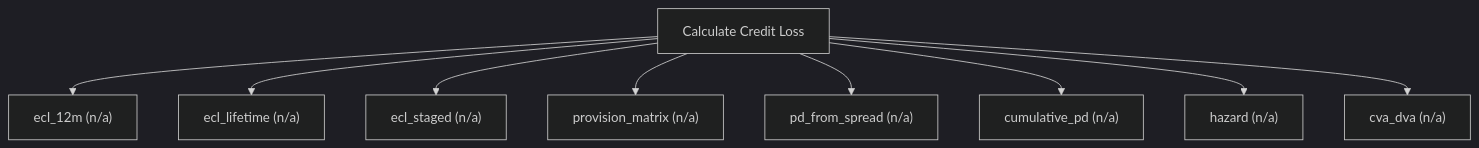
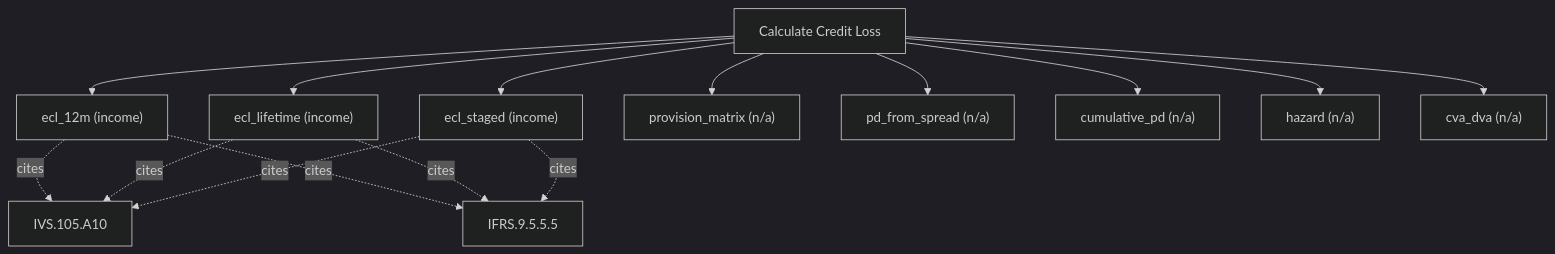
The diagram in docs/methods/calculate_credit_loss.md (simonmak-ascent/fair-value), drawn with Mermaid (dark theme) before and after one commit. The commit also changed other lines of this file and 11 other files, not shown here.

````diff
--- a/docs/methods/calculate_credit_loss.md
+++ b/docs/methods/calculate_credit_loss.md
@@ -5,12 +5,18 @@
 ```mermaid
 flowchart TD
   T[Calculate Credit Loss]
-  T --> calculate_credit_loss_ecl_12m["ecl_12m (n/a)"]
-  T --> calculate_credit_loss_ecl_lifetime["ecl_lifetime (n/a)"]
-  T --> calculate_credit_loss_ecl_staged["ecl_staged (n/a)"]
+  T --> calculate_credit_loss_ecl_12m["ecl_12m (income)"]
+  calculate_credit_loss_ecl_12m -. cites .-> IVS_105_A10[IVS.105.A10]
+  calculate_credit_loss_ecl_12m -. cites .-> IFRS_9_5_5_5[IFRS.9.5.5.5]
+  T --> calculate_credit_loss_ecl_lifetime["ecl_lifetime (income)"]
+  calculate_credit_loss_ecl_lifetime -. cites .-> IVS_105_A10[IVS.105.A10]
+  calculate_credit_loss_ecl_lifetime -. cites .-> IFRS_9_5_5_5[IFRS.9.5.5.5]
+  T --> calculate_credit_loss_ecl_staged["ecl_staged (income)"]
+  calculate_credit_loss_ecl_staged -. cites .-> IVS_105_A10[IVS.105.A10]
+  calculate_credit_loss_ecl_staged -. cites .-> IFRS_9_5_5_5[IFRS.9.5.5.5]
   T --> calculate_credit_loss_provision_matrix["provision_matrix (n/a)"]
   T --> calculate_credit_loss_pd_from_spread["pd_from_spread (n/a)"]
   T --> calculate_credit_loss_cumulative_pd["cumulative_pd (n/a)"]
   T --> calculate_credit_loss_hazard["hazard (n/a)"]
   T --> calculate_credit_loss_cva_dva["cva_dva (n/a)"]
 ```
````
